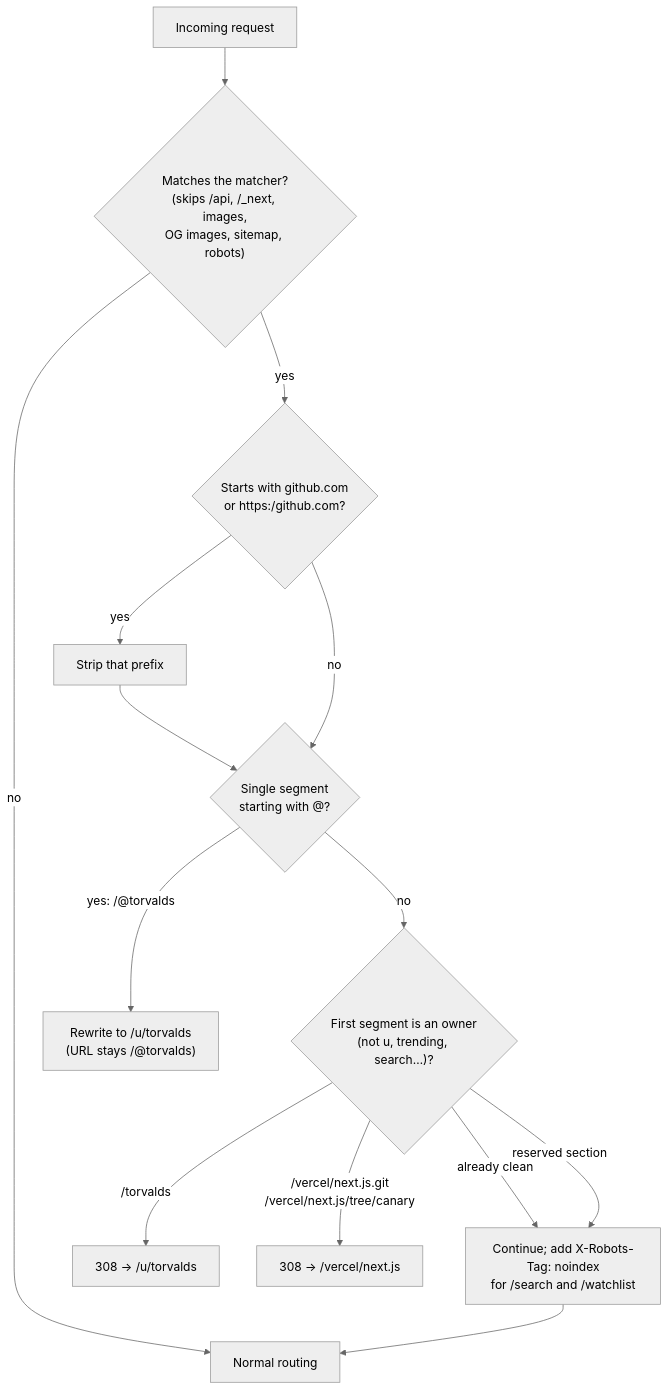
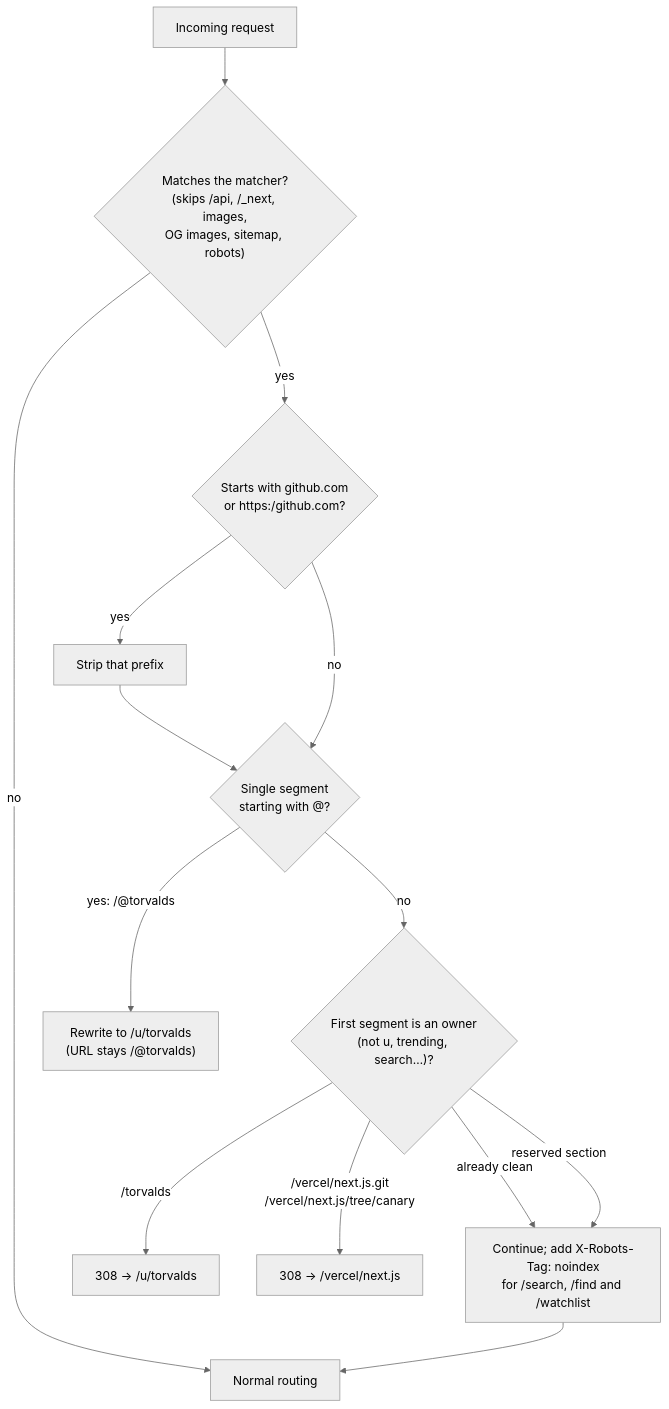
Before and after one commit to tarnishedMind/RepoRadar: diagram 15 of 19 in docs/ARCHITECTURE.md, drawn with Mermaid (neutral theme). The commit also changed other lines of this file and 55 other files, not shown here.

````diff
--- a/docs/ARCHITECTURE.md
+++ b/docs/ARCHITECTURE.md
@@ -681,16 +744,16 @@
 ```mermaid
 flowchart TD
   req["Incoming request"] --> m{"Matches the matcher?<br/>(skips /api, /_next, images,<br/>OG images, sitemap, robots)"}
   m -- no --> route["Normal routing"]
   m -- yes --> gh{"Starts with github.com<br/>or https:/github.com?"}
   gh -- yes --> strip["Strip that prefix"]
   gh -- no --> at
   strip --> at{"Single segment<br/>starting with @?"}
   at -- "yes: /@torvalds" --> rw["Rewrite to /u/torvalds<br/>(URL stays /@torvalds)"]
   at -- no --> own{"First segment is an owner<br/>(not u, trending, search…)?"}
   own -- "/torvalds" --> r1["308 → /u/torvalds"]
   own -- "/vercel/next.js.git<br/>/vercel/next.js/tree/canary" --> r2["308 → /vercel/next.js"]
   own -- "already clean" --> hdr
-  own -- "reserved section" --> hdr["Continue; add X-Robots-Tag: noindex<br/>for /search and /watchlist"]
+  own -- "reserved section" --> hdr["Continue; add X-Robots-Tag: noindex<br/>for /search, /find and /watchlist"]
   hdr --> route
 ```
````
